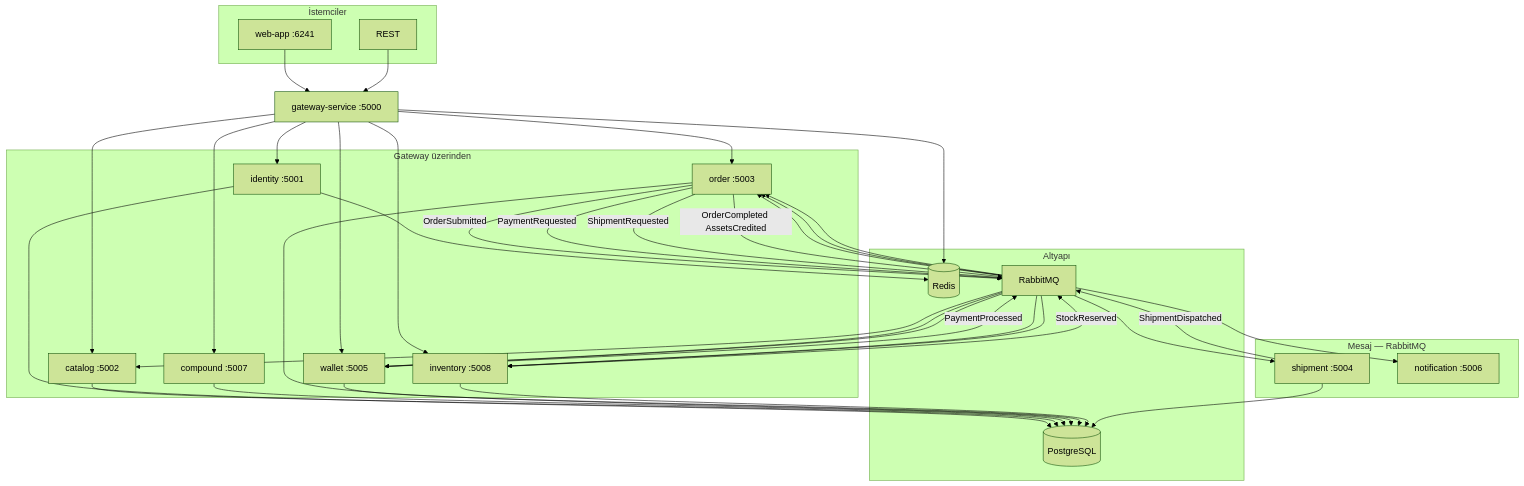
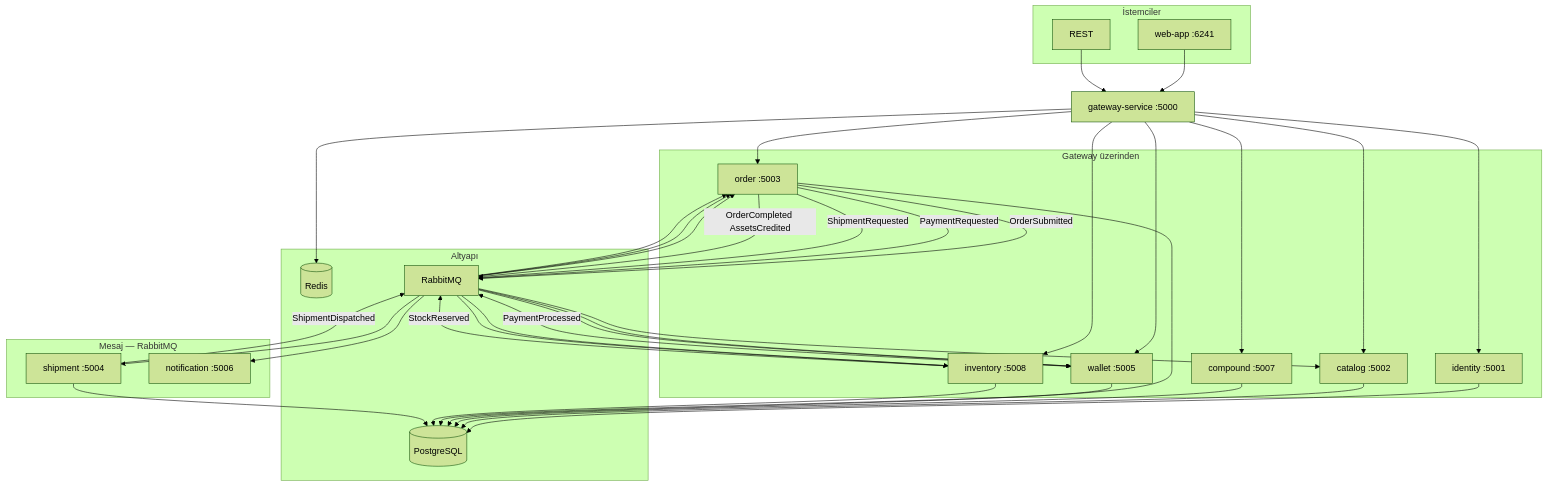
Before and after one commit to MihrimatriX/element-api: the diagram in README.md, drawn with Mermaid (forest theme). The commit also changed other lines of this file and 101 other files, not shown here.

````diff
--- a/README.md
+++ b/README.md
@@ -123,49 +122,49 @@
 ```mermaid
 flowchart TB
     subgraph clients [İstemciler]
         Web[web-app :6241]
         API[REST]
     end
 
     GW[gateway-service :5000]
 
     subgraph public [Gateway üzerinden]
         ID[identity :5001]
         CAT[catalog :5002]
         CMP[compound :5007]
         ORD[order :5003]
         WAL[wallet :5005]
         INV[inventory :5008]
     end
 
     subgraph internal [Mesaj — RabbitMQ]
         SHP[shipment :5004]
         NOT[notification :5006]
     end
 
     subgraph infra [Altyapı]
         PG[(PostgreSQL)]
         RD[(Redis)]
         MQ[RabbitMQ]
     end
 
     Web --> GW
     API --> GW
     GW --> ID & CAT & CMP & ORD & WAL & INV
     ORD -->|OrderSubmitted| MQ
     MQ --> INV
     INV -->|StockReserved| MQ
     MQ --> ORD
     ORD -->|PaymentRequested| MQ
     MQ --> WAL
     WAL -->|PaymentProcessed| MQ
     MQ --> ORD
     ORD -->|ShipmentRequested| MQ
     MQ --> SHP
     SHP -->|ShipmentDispatched| MQ
     MQ --> ORD
     ORD -->|OrderCompleted AssetsCredited| MQ
     MQ --> INV & WAL & CAT & NOT
     ID & CAT & CMP & ORD & WAL & INV & SHP --> PG
-    ID & GW --> RD
+    GW --> RD
 ```
````
